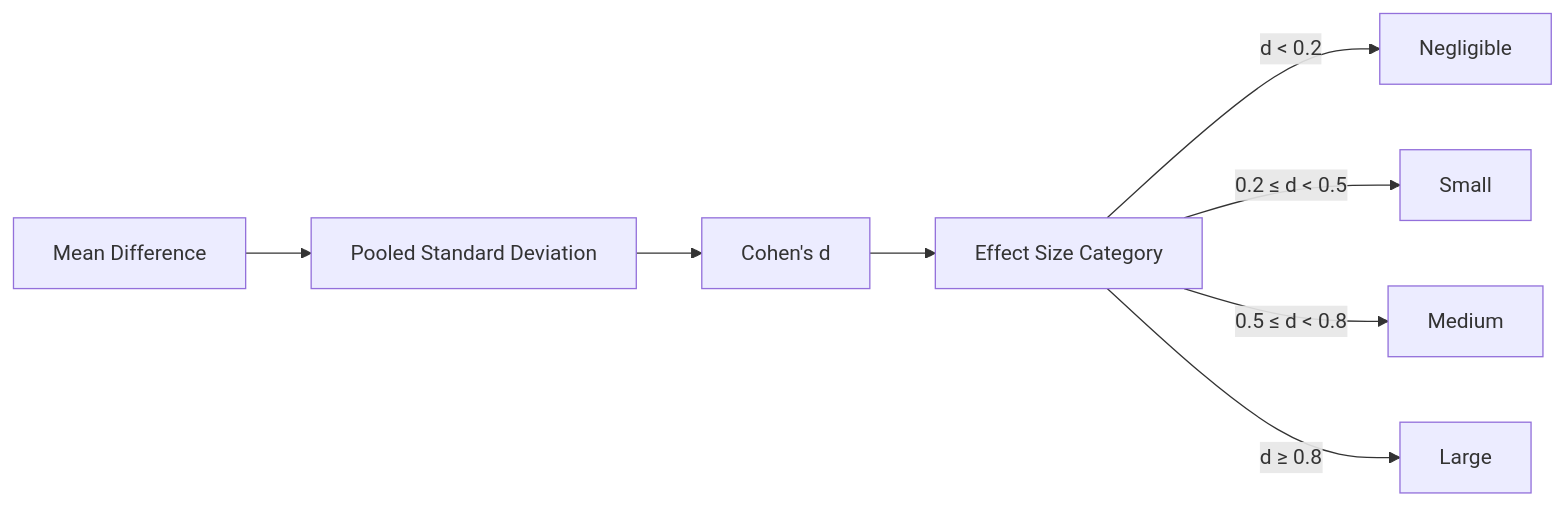
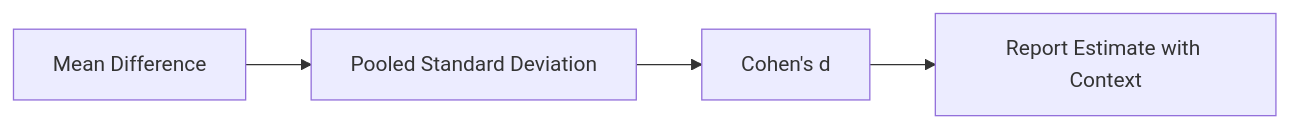
Before and after one commit to Evintkoo/2048-ml: the third of 5 diagrams in plans/07-Benchmarking/04-Analysis/03-significance-testing.md, drawn with Mermaid. The commit also changed other lines of this file and 67 other files, not shown here.

````diff
--- a/plans/07-Benchmarking/04-Analysis/03-significance-testing.md
+++ b/plans/07-Benchmarking/04-Analysis/03-significance-testing.md
@@ -80,10 +79,6 @@
 ```mermaid
 flowchart LR
     A[Mean Difference] --> B[Pooled Standard Deviation]
     B --> C[Cohen's d]
-    C --> D[Effect Size Category]
-    D -->|d < 0.2| E[Negligible]
-    D -->|0.2 ≤ d < 0.5| F[Small]
-    D -->|0.5 ≤ d < 0.8| G[Medium]
-    D -->|d ≥ 0.8| H[Large]
+    C --> D[Report Estimate with Context]
 ```
````
